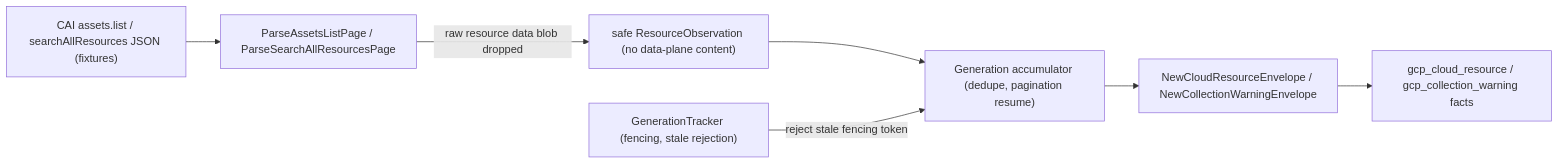
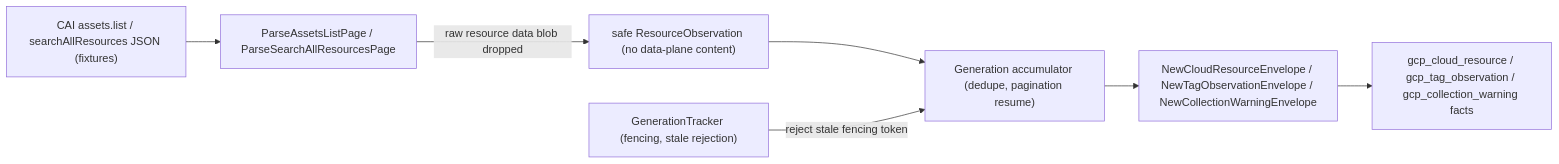
Before and after one commit to eshu-hq/eshu: the diagram in go/internal/collector/gcpcloud/README.md, drawn with Mermaid. The commit also changed other lines of this file and 12 other files, not shown here.

Commit message:
Emit GCP tag observations from CAI labels

````diff
--- a/go/internal/collector/gcpcloud/README.md
+++ b/go/internal/collector/gcpcloud/README.md
@@ -19,17 +20,17 @@
 ```mermaid
 flowchart LR
     Pages["CAI assets.list / searchAllResources JSON (fixtures)"]
     Parse["ParseAssetsListPage / ParseSearchAllResourcesPage"]
     Obs["safe ResourceObservation (no data-plane content)"]
     Gen["Generation accumulator (dedupe, pagination resume)"]
-    Env["NewCloudResourceEnvelope / NewCollectionWarningEnvelope"]
+    Env["NewCloudResourceEnvelope / NewTagObservationEnvelope / NewCollectionWarningEnvelope"]
     Tracker["GenerationTracker (fencing, stale rejection)"]
-    Facts["gcp_cloud_resource / gcp_collection_warning facts"]
+    Facts["gcp_cloud_resource / gcp_tag_observation / gcp_collection_warning facts"]
 
     Pages --> Parse
     Parse -->|"raw resource data blob dropped"| Obs
     Obs --> Gen
     Gen --> Env
     Tracker -->|"reject stale fencing token"| Gen
     Env --> Facts
 ```
````
